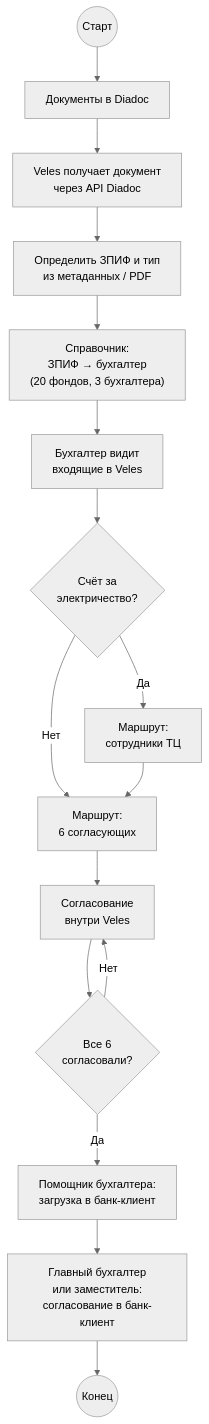
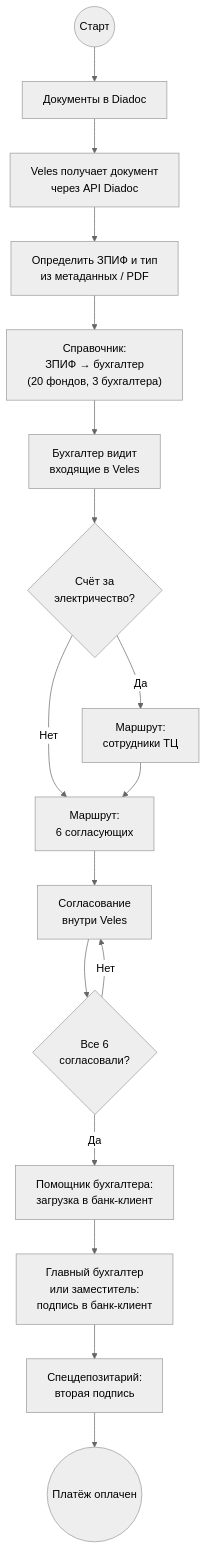
One commit to botclaw1983/veles changed the third of 3 diagrams in 2.1 Маршруты Документов - входящий Счет на оплату.md. Above: the diagram before and after it, drawn with Mermaid (neutral theme). The commit also changed other lines of this file and 5437 other files, not shown here.

````diff
--- a/2.1 Маршруты Документов - входящий Счет на оплату.md
+++ b/2.1 Маршруты Документов - входящий Счет на оплату.md
@@ -153,18 +197,19 @@
 ```mermaid
 flowchart TB
     A((Старт)) --> B["Документы в Diadoc"]
     B --> C["Veles получает документ<br/>через API Diadoc"]
     C --> D["Определить ЗПИФ и тип<br/>из метаданных / PDF"]
     D --> E["Справочник:<br/>ЗПИФ → бухгалтер<br/>(20 фондов, 3 бухгалтера)"]
     E --> F["Бухгалтер видит<br/>входящие в Veles"]
     F --> G{"Счёт за<br/>электричество?"}
     G -->|Да| H["Маршрут:<br/>сотрудники ТЦ"]
     G -->|Нет| I
     H --> I["Маршрут:<br/>6 согласующих"]
     I --> J["Согласование<br/>внутри Veles"]
     J --> K{"Все 6<br/>согласовали?"}
     K -->|Нет| J
     K -->|Да| L["Помощник бухгалтера:<br/>загрузка в банк-клиент"]
-    L --> M["Главный бухгалтер<br/>или заместитель:<br/>согласование в банк-клиент"]
-    M --> N((Конец))
+    L --> M["Главный бухгалтер<br/>или заместитель:<br/>подпись в банк-клиент"]
+    M --> SD["Спецдепозитарий:<br/>вторая подпись"]
+    SD --> N(("Платёж оплачен"))
 ```
````
